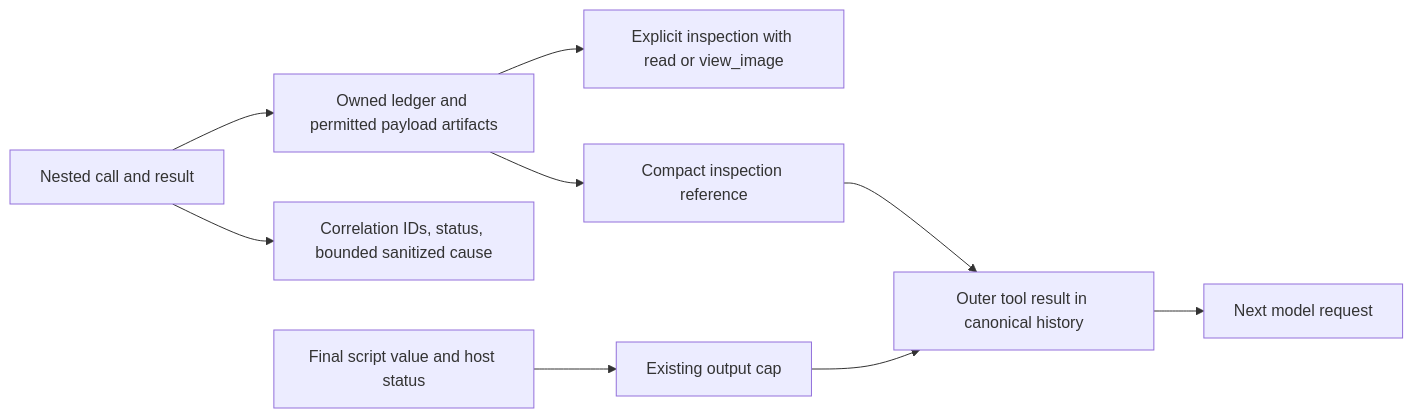
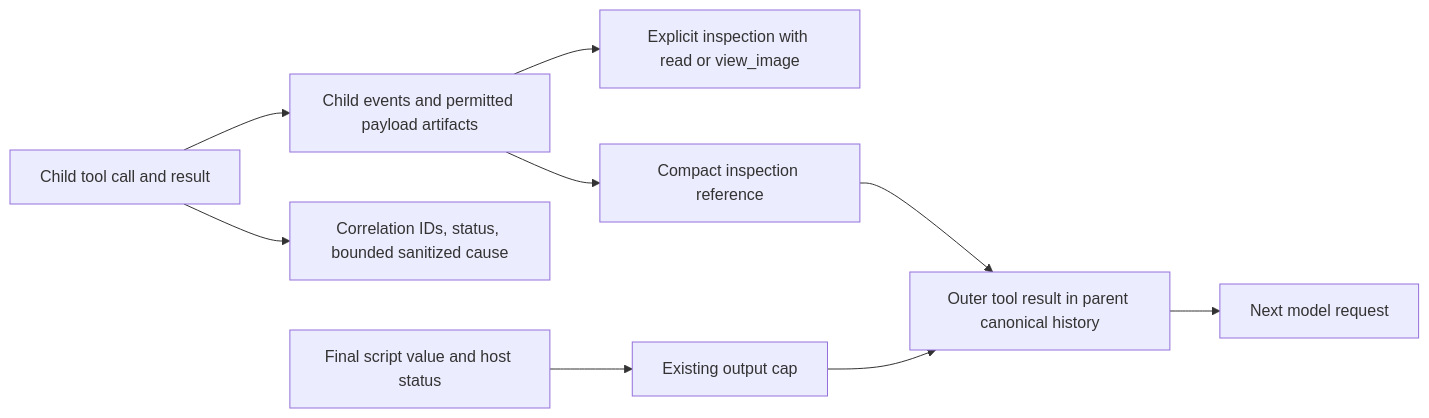
Before and after one commit to ineersa/agent-core: the tenth of 11 diagrams in architecture/php-code-mode-discovery.md, drawn with Mermaid. The commit also changed other lines of this file, not shown here.

Commit message:
docs: route PHP code mode through child runs and Messenger

````diff
--- a/architecture/php-code-mode-discovery.md
+++ b/architecture/php-code-mode-discovery.md
@@ -387,11 +484,11 @@
 ```mermaid
 flowchart LR
-    Outcome[Nested call and result] --> Ledger[Owned ledger and permitted payload artifacts]
+    Outcome[Child tool call and result] --> Ledger[Child events and permitted payload artifacts]
     Outcome --> Logs[Correlation IDs, status, bounded sanitized cause]
     Ledger --> Read[Explicit inspection with read or view_image]
     Final[Final script value and host status] --> Cap[Existing output cap]
-    Cap --> History[Outer tool result in canonical history]
+    Cap --> History[Outer tool result in parent canonical history]
     History --> Model[Next model request]
     Ledger --> Ref[Compact inspection reference]
     Ref --> History
 ```
````
